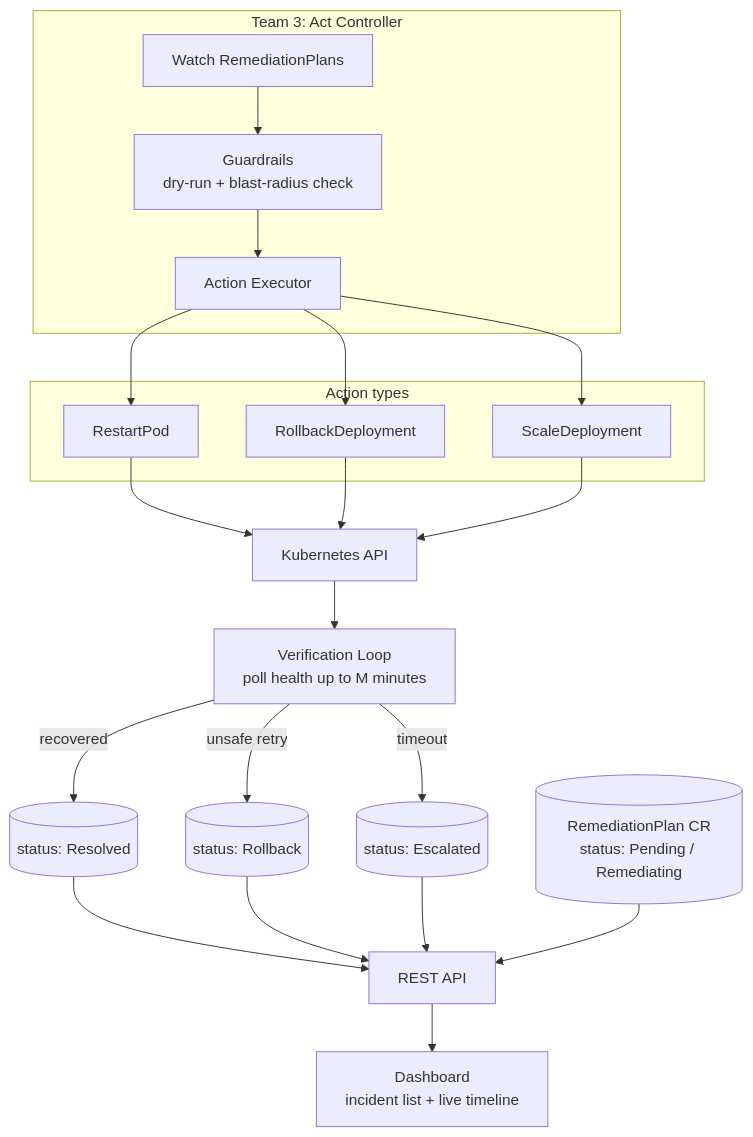
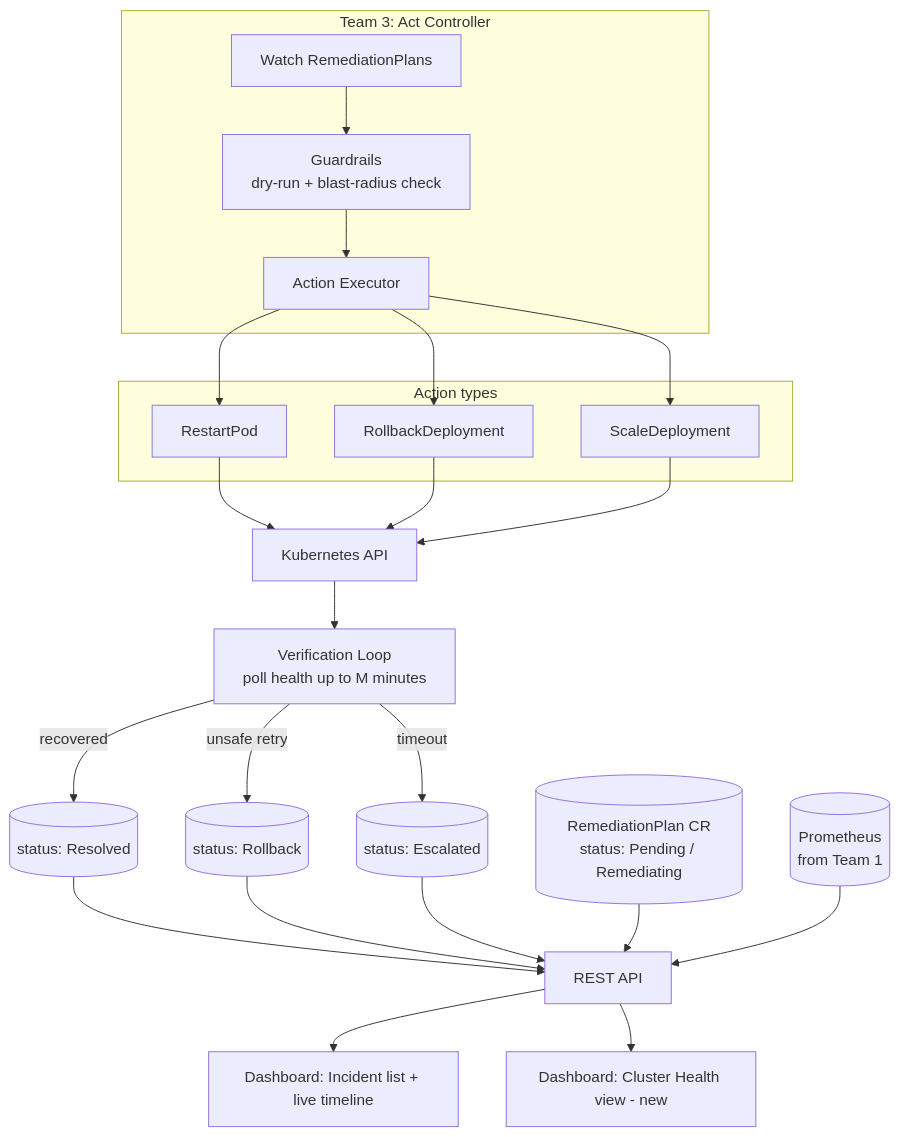
One commit to maheshkhond11/Observability changed the third of 4 diagrams in poc-planning/05-Team-Architecture-Diagrams.md. Above: the diagram before and after it, drawn with Mermaid. The commit also changed other lines of this file and 4 other files, not shown here.

````diff
--- a/poc-planning/05-Team-Architecture-Diagrams.md
+++ b/poc-planning/05-Team-Architecture-Diagrams.md
@@ -90,37 +108,40 @@
 ```mermaid
 flowchart TB
     Plan[(RemediationPlan CR\nstatus: Pending / Remediating)]
+    Prom[(Prometheus\nfrom Team 1)]
 
     subgraph Act[Team 3: Act Controller]
         Watch[Watch RemediationPlans]
         Guard[Guardrails\ndry-run + blast-radius check]
         Exec[Action Executor]
     end
 
     subgraph Actions[Action types]
         A1[RestartPod]
         A2[RollbackDeployment]
         A3[ScaleDeployment]
     end
 
     Watch --> Guard --> Exec
     Exec --> A1
     Exec --> A2
     Exec --> A3
 
     A1 --> KAPI[Kubernetes API]
     A2 --> KAPI
     A3 --> KAPI
 
     KAPI --> Verify[Verification Loop\npoll health up to M minutes]
     Verify -->|recovered| Resolved[(status: Resolved)]
     Verify -->|unsafe retry| Rollback[(status: Rollback)]
     Verify -->|timeout| Escalated[(status: Escalated)]
 
     Resolved --> API[REST API]
     Rollback --> API
     Escalated --> API
     Plan --> API
+    Prom --> API
 
-    API --> Dashboard[Dashboard\nincident list + live timeline]
+    API --> Dashboard1[Dashboard: Incident list + live timeline]
+    API --> Dashboard2[Dashboard: Cluster Health view - new]
 ```
````
